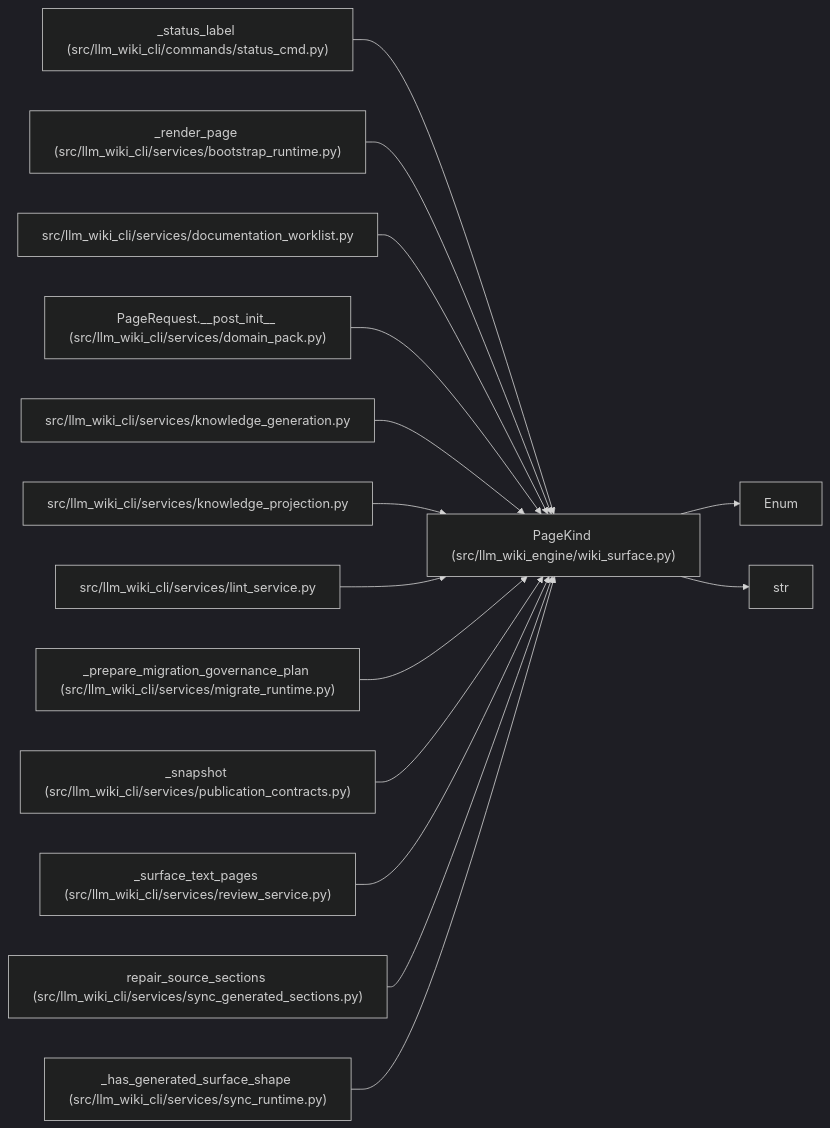
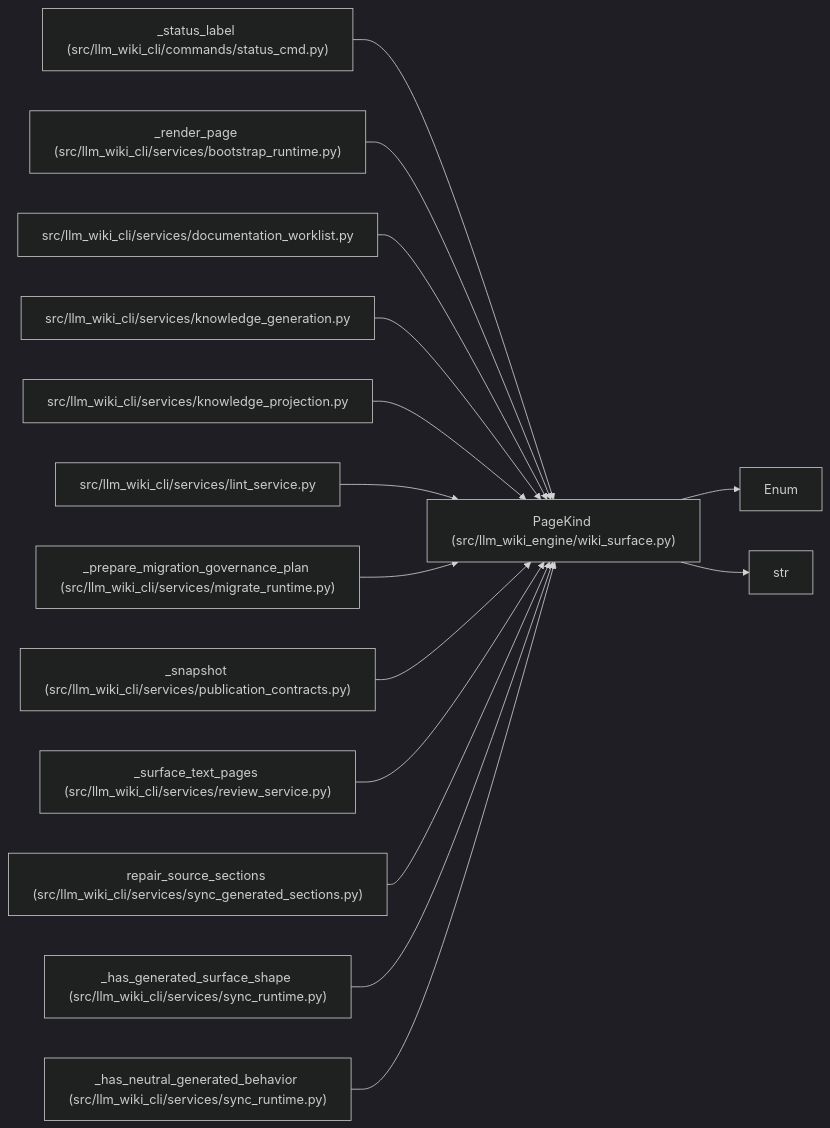
The diagram in docs/llm_wiki/entities/PageKind.md (Denissvgn/python-wiki-llm), drawn with Mermaid (dark theme) before and after one commit. The commit also changed other lines of this file and 585 other files, not shown here.

````diff
--- a/docs/llm_wiki/entities/PageKind.md
+++ b/docs/llm_wiki/entities/PageKind.md
@@ -35,45 +35,45 @@
 ```mermaid
 flowchart LR
     n0["PageKind (src/llm_wiki_engine/wiki_surface.py)"]
     n1["Enum"]
     n2["str"]
     n3["_status_label (src/llm_wiki_cli/commands/status_cmd.py)"]
     n4["_render_page (src/llm_wiki_cli/services/bootstrap_runtime.py)"]
     n5["src/llm_wiki_cli/services/documentation_worklist.py"]
-    n6["PageRequest.__post_init__ (src/llm_wiki_cli/services/domain_pack.py)"]
-    n7["src/llm_wiki_cli/services/knowledge_generation.py"]
-    n8["src/llm_wiki_cli/services/knowledge_projection.py"]
-    n9["src/llm_wiki_cli/services/lint_service.py"]
-    n10["_prepare_migration_governance_plan (src/llm_wiki_cli/services/migrate_runtime.py)"]
-    n11["_snapshot (src/llm_wiki_cli/services/publication_contracts.py)"]
-    n12["_surface_text_pages (src/llm_wiki_cli/services/review_service.py)"]
-    n13["repair_source_sections (src/llm_wiki_cli/services/sync_generated_sections.py)"]
-    n14["_has_generated_surface_shape (src/llm_wiki_cli/services/sync_runtime.py)"]
+    n6["src/llm_wiki_cli/services/knowledge_generation.py"]
+    n7["src/llm_wiki_cli/services/knowledge_projection.py"]
+    n8["src/llm_wiki_cli/services/lint_service.py"]
+    n9["_prepare_migration_governance_plan (src/llm_wiki_cli/services/migrate_runtime.py)"]
+    n10["_snapshot (src/llm_wiki_cli/services/publication_contracts.py)"]
+    n11["_surface_text_pages (src/llm_wiki_cli/services/review_service.py)"]
+    n12["repair_source_sections (src/llm_wiki_cli/services/sync_generated_sections.py)"]
+    n13["_has_generated_surface_shape (src/llm_wiki_cli/services/sync_runtime.py)"]
+    n14["_has_neutral_generated_behavior (src/llm_wiki_cli/services/sync_runtime.py)"]
     n0 --> n1
     n0 --> n2
     n3 --> n0
     n4 --> n0
     n5 --> n0
     n6 --> n0
     n7 --> n0
     n8 --> n0
     n9 --> n0
     n10 --> n0
     n11 --> n0
     n12 --> n0
     n13 --> n0
     n14 --> n0
     click n0 "../modules/wiki_surface.md"
     click n3 "../modules/status_cmd.md"
     click n4 "../modules/bootstrap_runtime.md"
     click n5 "../modules/documentation_worklist.md"
-    click n6 "../modules/domain_pack.md"
-    click n7 "../modules/knowledge_generation.md"
-    click n8 "../modules/knowledge_projection.md"
-    click n9 "../modules/lint_service.md"
-    click n10 "../modules/migrate_runtime.md"
-    click n11 "../modules/publication_contracts.md"
-    click n12 "../modules/review_service.md"
-    click n13 "../modules/sync_generated_sections.md"
+    click n6 "../modules/knowledge_generation.md"
+    click n7 "../modules/knowledge_projection.md"
+    click n8 "../modules/lint_service.md"
+    click n9 "../modules/migrate_runtime.md"
+    click n10 "../modules/publication_contracts.md"
+    click n11 "../modules/review_service.md"
+    click n12 "../modules/sync_generated_sections.md"
+    click n13 "../modules/sync_runtime.md"
     click n14 "../modules/sync_runtime.md"
 ```
````
